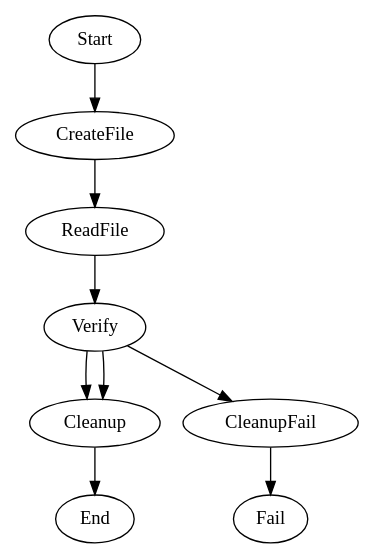
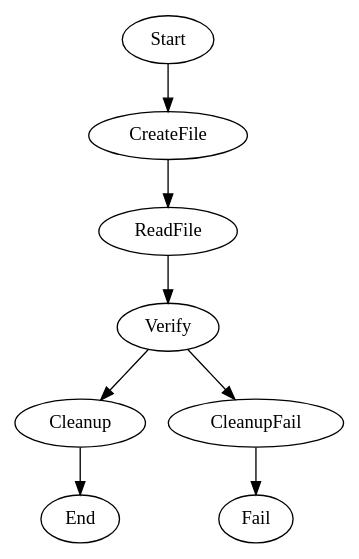
The diagram in .stencila/workflows/test-shell-nodes/WORKFLOW.md (stencila/stencila), drawn with Graphviz before and after one commit. The commit also changed 21 other files, not shown here.

````diff
--- a/.stencila/workflows/test-shell-nodes/WORKFLOW.md
+++ b/.stencila/workflows/test-shell-nodes/WORKFLOW.md
@@ -8,18 +8,23 @@
 ```dot
 digraph Workflow {
-    Start -> CreateFile -> ReadFile -> Verify -> Cleanup -> End
+    Start -> CreateFile
 
     CreateFile [cmd="echo hello > /tmp/stencila-test-shell-nodes.txt"]
-    ReadFile   [shell="cat /tmp/stencila-test-shell-nodes.txt"]
-    Cleanup    [cmd="rm -f /tmp/stencila-test-shell-nodes.txt"]
+    CreateFile -> ReadFile
+
+    ReadFile [shell="cat /tmp/stencila-test-shell-nodes.txt"]
+    ReadFile -> Verify
 
     Verify [shell="echo '$last_output' | grep -qx hello && echo yes || echo no"]
     Verify -> Cleanup  [condition="context.last_output=yes"]
     Verify -> CleanupFail
+
+    Cleanup [cmd="rm -f /tmp/stencila-test-shell-nodes.txt"]
+    Cleanup -> End
 
     CleanupFail [cmd="rm -f /tmp/stencila-test-shell-nodes.txt"]
     CleanupFail -> Fail
 
     Fail
 }
 ```
````
